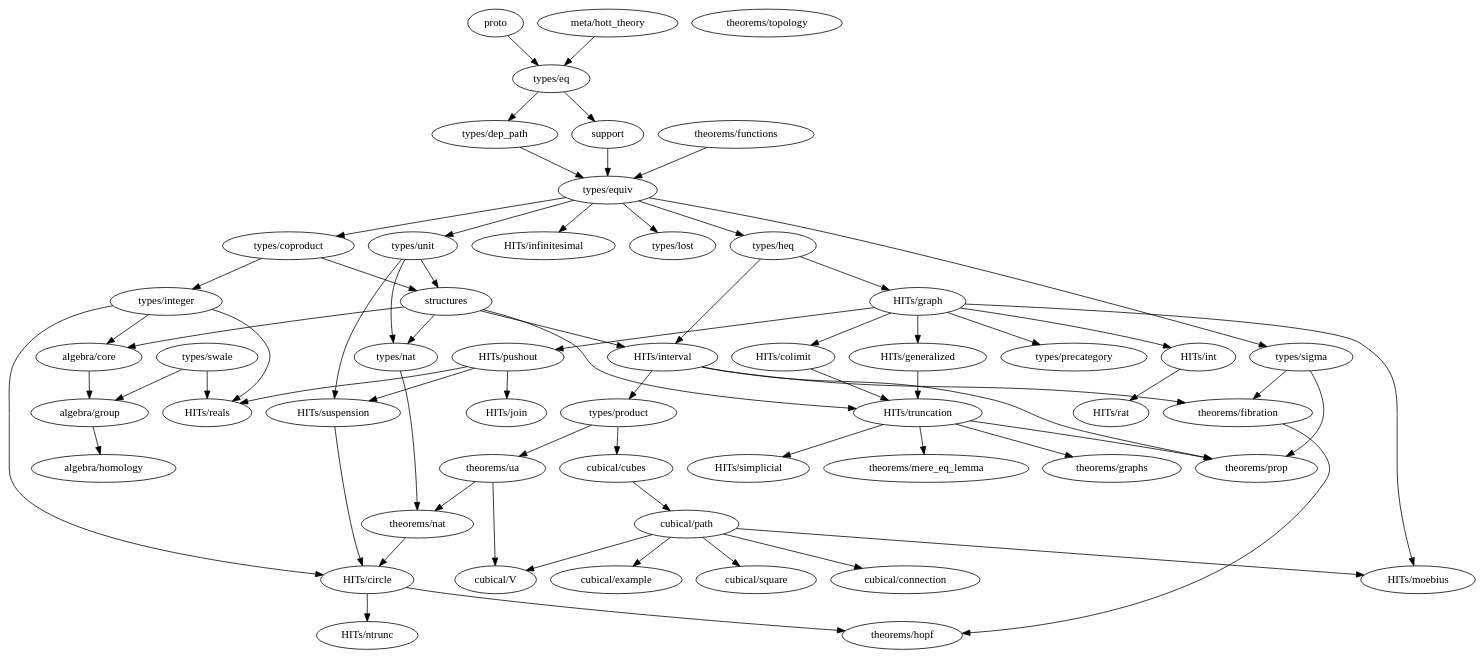
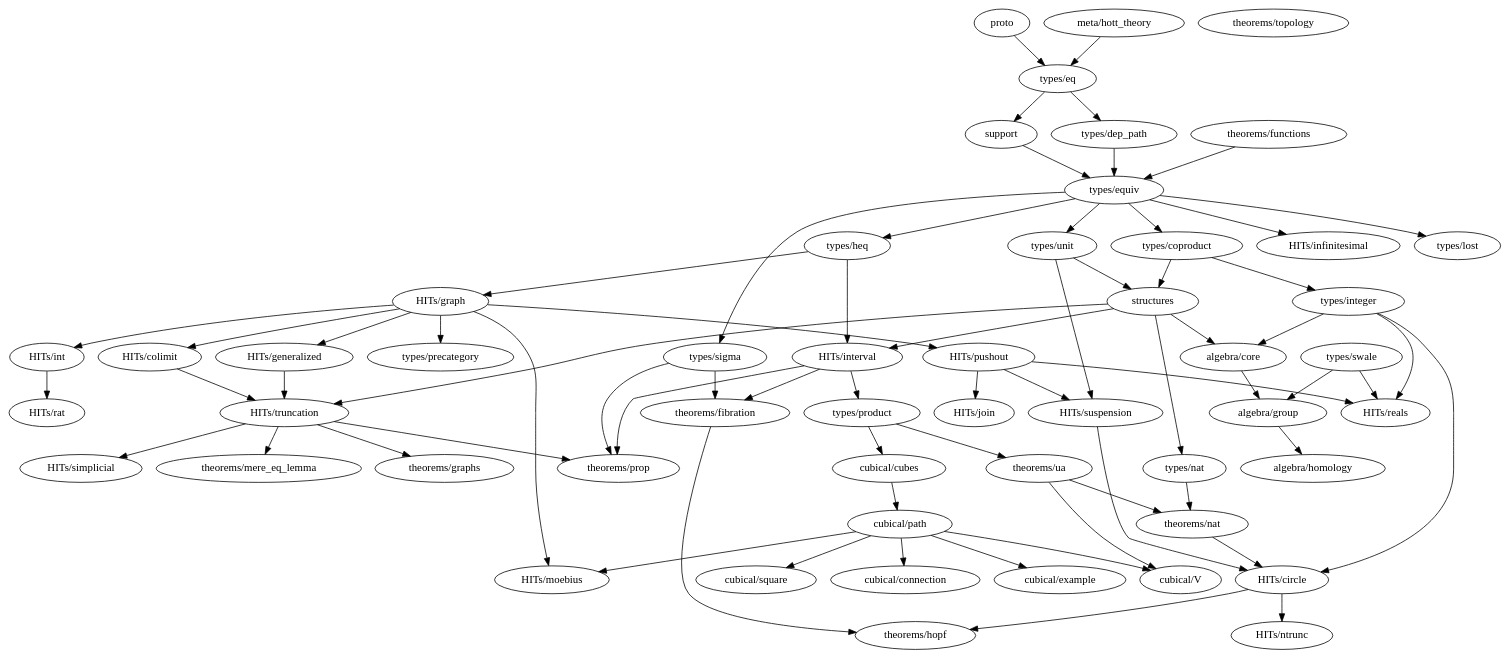
Before and after one commit to forked-from-1kasper/ground_zero: the diagram in dependency_map.gv, drawn with Graphviz. The commit also changed 2 other files, not shown here.

```diff
--- a/dependency_map.gv
+++ b/dependency_map.gv
@@ -1,108 +1,108 @@
 digraph dependency_map {
   proto -> "types/eq"
   "meta/hott_theory" -> "types/eq"
   support -> "types/equiv"
   structures -> {
     "HITs/interval",
     "HITs/truncation",
     "algebra/core",
     "types/nat"
   }
 
   subgraph algebra {
     "algebra/core" -> "algebra/group"
     "algebra/group" -> "algebra/homology"
     "algebra/homology"
   }
 
   subgraph types {
     "types/coproduct" -> { "types/integer", structures }
     "types/dep_path" -> "types/equiv"
     "types/eq" -> { "types/dep_path", support }
     "types/equiv" -> {
       "types/heq",
       "HITs/infinitesimal",
       "types/coproduct",
       "types/lost",
       "types/unit",
       "types/sigma"
     }
     "types/heq" -> {
       "HITs/interval",
       "HITs/graph"
     }
     "types/integer" -> { "HITs/circle", "HITs/reals", "algebra/core" }
     "types/lost"
     "types/nat" -> { "theorems/nat" }
     "types/product" -> { "cubical/cubes", "theorems/ua" }
     "types/sigma" -> { "theorems/fibration", "theorems/prop" }
     "types/swale" -> { "HITs/reals", "algebra/group" }
-    "types/unit" -> { structures, "HITs/suspension", "types/nat" }
+    "types/unit" -> { structures, "HITs/suspension" }
   }
 
   subgraph HITs {
     "HITs/circle" -> { "HITs/ntrunc", "theorems/hopf" }
     "HITs/colimit" -> "HITs/truncation"
     "HITs/generalized" -> "HITs/truncation"
     "HITs/graph" -> {
       "HITs/colimit",
       "HITs/generalized",
       "HITs/int",
       "HITs/pushout",
       "HITs/moebius",
       "types/precategory"
     }
     "HITs/infinitesimal"
     "HITs/int" -> "HITs/rat"
     "HITs/interval" -> {
       "types/product",
       "theorems/prop",
       "theorems/fibration"
     }
     "HITs/join"
     "HITs/moebius"
     "HITs/ntrunc"
     "HITs/pushout" -> {
       "HITs/join",
       "HITs/reals",
       "HITs/suspension"
     }
     "HITs/rat"
     "HITs/reals"
     "HITs/simplicial"
     "HITs/suspension" -> "HITs/circle"
     "HITs/truncation" -> {
       "theorems/mere_eq_lemma",
       "theorems/prop",
       "theorems/graphs",
       "HITs/simplicial"
     }
   }
 
   subgraph cubical {
     "cubical/connection"
     "cubical/cubes" -> "cubical/path"
     "cubical/example"
     "cubical/path" -> {
       "cubical/square",
       "cubical/example",
       "cubical/V",
       "cubical/connection",
       "HITs/moebius"
     }
     "cubical/square"
     "cubical/V"
   }
 
   subgraph theorems {
     "theorems/fibration" -> { "theorems/hopf" }
     "theorems/functions" -> { "types/equiv" }
     "theorems/graphs"
     "theorems/hopf"
     "theorems/mere_eq_lemma"
     "theorems/nat" -> { "HITs/circle" }
     "theorems/prop"
     "theorems/topology"
     "theorems/ua" -> { "theorems/nat", "cubical/V" }
   }
 }
```
